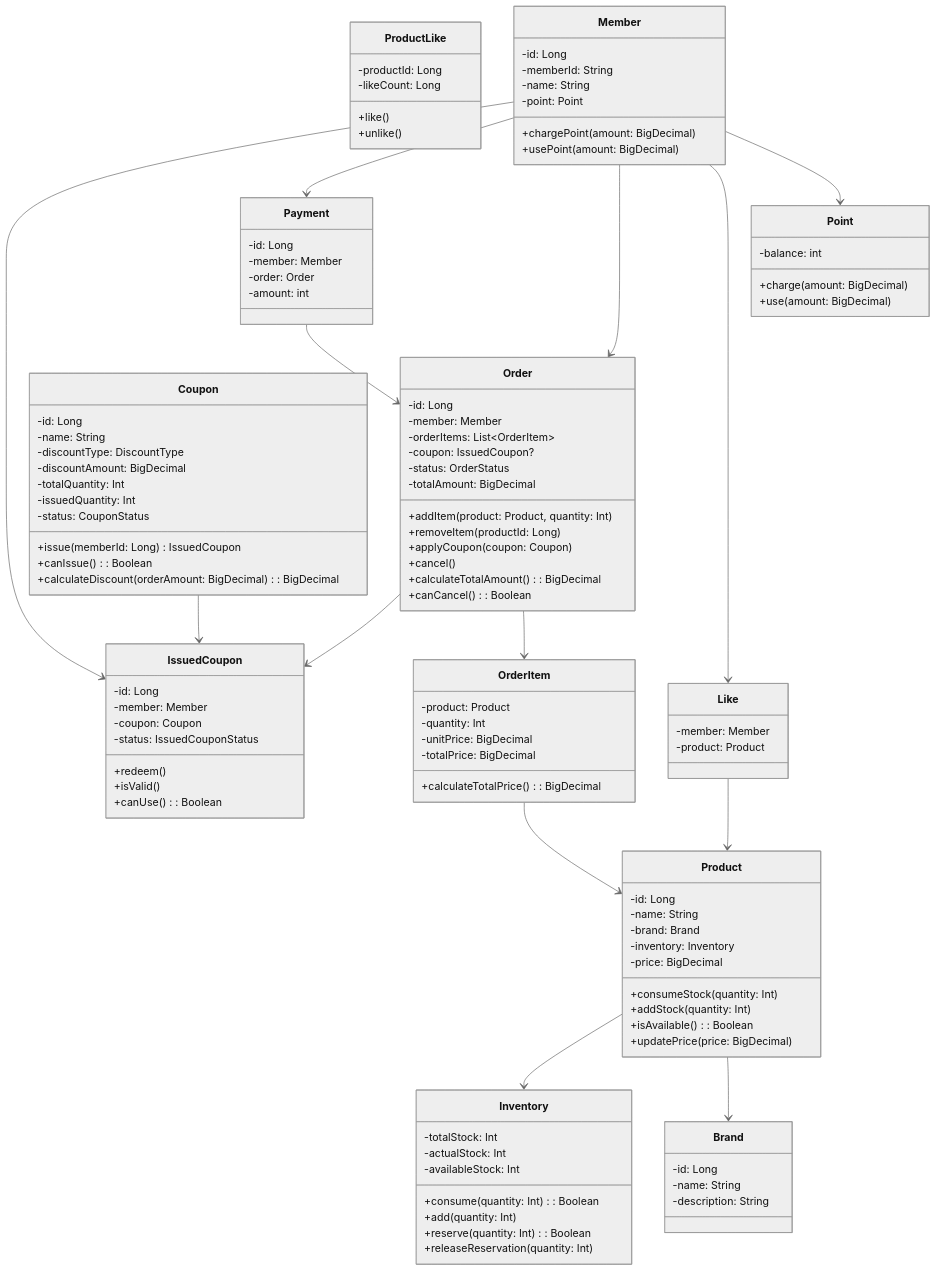
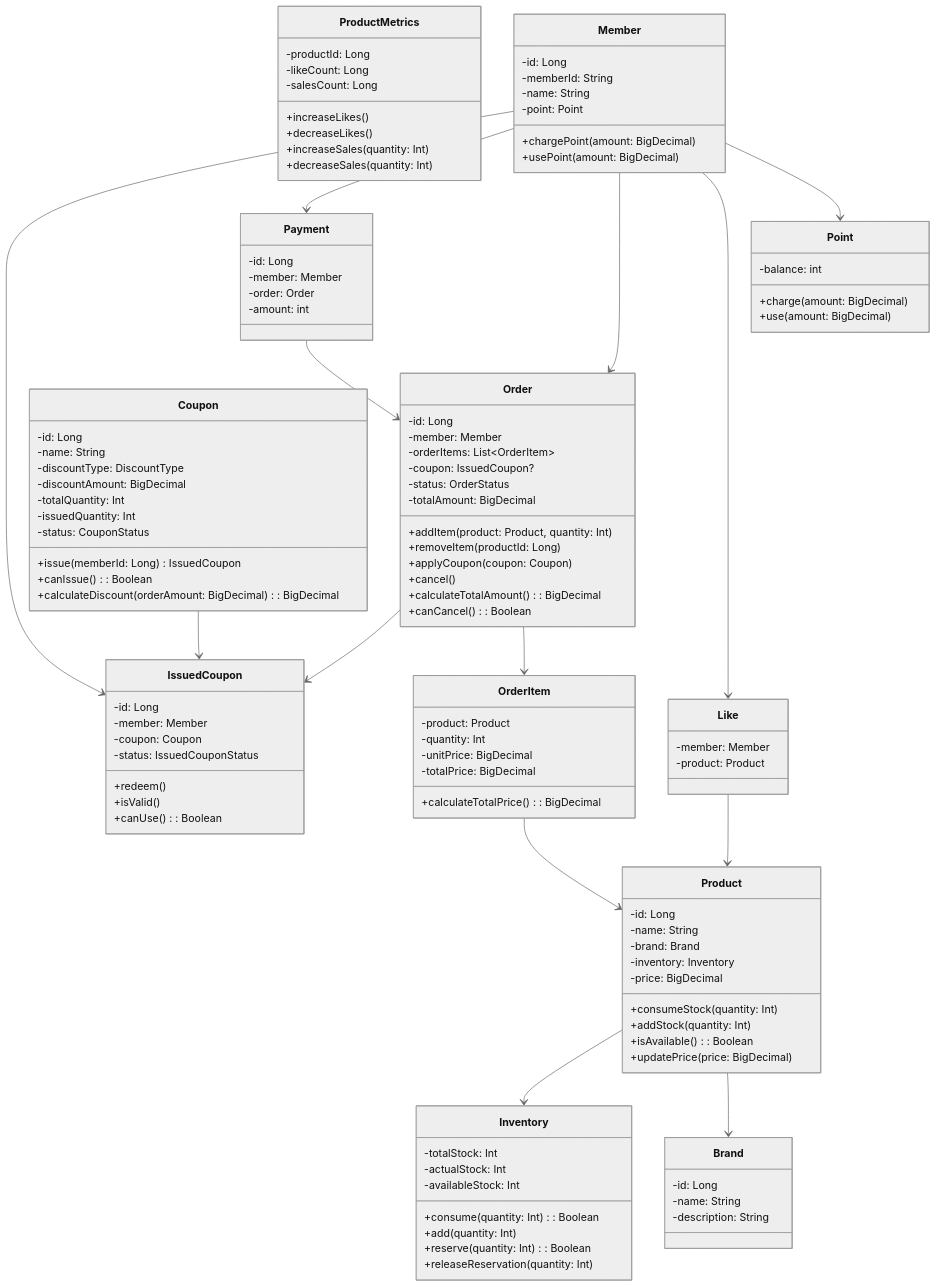
One commit to o3ozzvb/kotlin-ecommerce changed the diagram in docs/design/03-class-diagrams.md. Above: the diagram before and after it, drawn with Mermaid (neutral theme). The commit also changed 1 other file, not shown here.

Commit message:
docs: 클래스 다이어그램, erd 수정 - product_like -> product_metrics 로 네이밍 변경

```diff
--- a/docs/design/03-class-diagrams.md
+++ b/docs/design/03-class-diagrams.md
@@ -12,11 +12,14 @@
     +isAvailable(): Boolean
     +updatePrice(price: BigDecimal)
   }
-  class ProductLike { 
+  class ProductMetrics { 
       -productId: Long
       -likeCount: Long
-      +like()
-      +unlike()
+      -salesCount: Long
+      +increaseLikes()
+      +decreaseLikes()
+      +increaseSales(quantity: Int)
+      +decreaseSales(quantity: Int)
   }
   class Inventory {
 	  -totalStock: Int 
```
